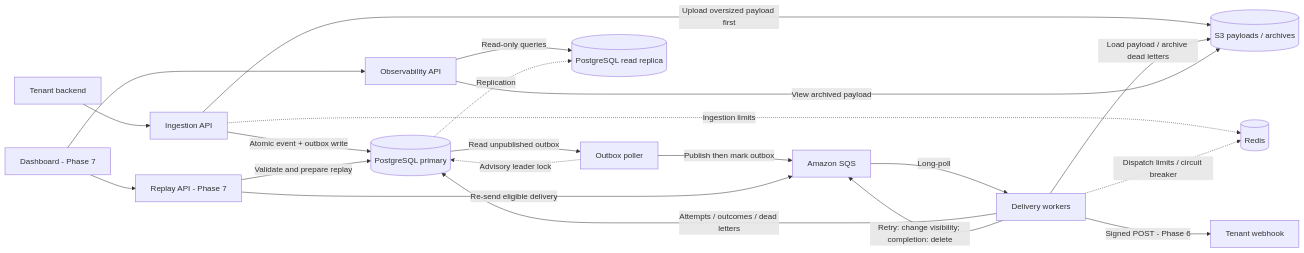
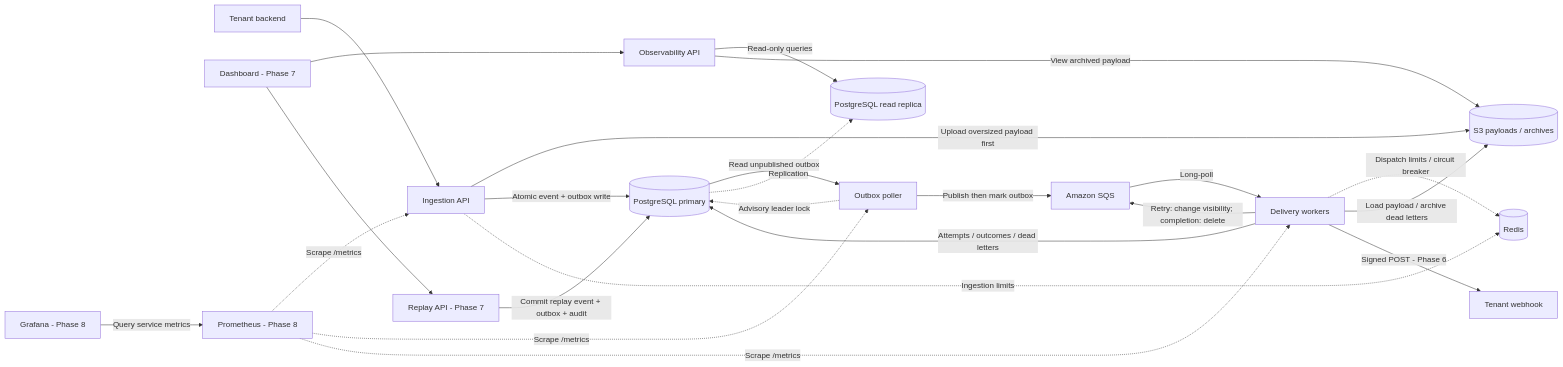
Before and after one commit to shreya-mishra325/waybill: the diagram in docs/project-guide.md, drawn with Mermaid. The commit also changed other lines of this file and 6 other files, not shown here.

Commit message:
docs: update learning notes, roadmap, and dashboard design

````diff
--- a/docs/project-guide.md
+++ b/docs/project-guide.md
@@ -44,23 +45,26 @@
 ```mermaid
 flowchart LR
   tenant["Tenant backend"] --> api["Ingestion API"]
   api -->|"Upload oversized payload first"| s3[("S3 payloads / archives")]
   api -->|"Atomic event + outbox write"| primary[("PostgreSQL primary")]
   primary -->|"Read unpublished outbox"| poller["Outbox poller"]
   poller -.->|"Advisory leader lock"| primary
   poller -->|"Publish then mark outbox"| sqs["Amazon SQS"]
   sqs -->|"Long-poll"| worker["Delivery workers"]
   api -.->|"Ingestion limits"| redis[("Redis")]
   worker -.->|"Dispatch limits / circuit breaker"| redis
   worker -->|"Load payload / archive dead letters"| s3
   worker -->|"Signed POST - Phase 6"| receiver["Tenant webhook"]
   worker -->|"Attempts / outcomes / dead letters"| primary
   worker -->|"Retry: change visibility; completion: delete"| sqs
   dashboard["Dashboard - Phase 7"] --> reads["Observability API"]
   reads -->|"Read-only queries"| replica[("PostgreSQL read replica")]
   reads -->|"View archived payload"| s3
   primary -.->|"Replication"| replica
   dashboard --> replay["Replay API - Phase 7"]
-  replay -->|"Validate and prepare replay"| primary
-  replay -->|"Re-send eligible delivery"| sqs
+  replay -->|"Commit replay event + outbox + audit"| primary
+  prometheus["Prometheus - Phase 8"] -.->|"Scrape /metrics"| api
+  prometheus -.->|"Scrape /metrics"| poller
+  prometheus -.->|"Scrape /metrics"| worker
+  grafana["Grafana - Phase 8"] -->|"Query service metrics"| prometheus
 ```
````
